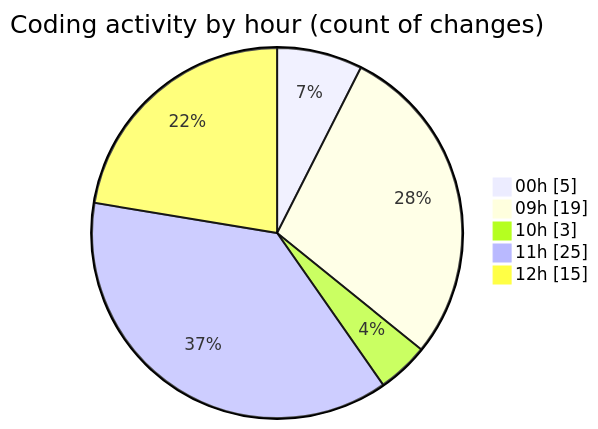
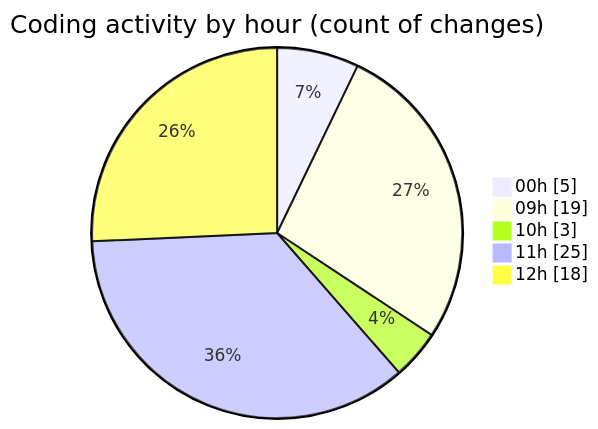
Before and after one commit to julien-gomy/code-tracking: the second of 2 diagrams in 2025-11-19/eventscop-frontend-guide__workspace_/README.md, drawn with Mermaid. The commit also changed other lines of this file and 1 other file, not shown here.

````diff
--- a/2025-11-19/eventscop-frontend-guide__workspace_/README.md
+++ b/2025-11-19/eventscop-frontend-guide__workspace_/README.md
@@ -51,9 +51,9 @@
 ```mermaid
 pie showData
 title Coding activity by hour (count of changes)
 "00h" : 5
 "09h" : 19
 "10h" : 3
 "11h" : 25
-"12h" : 15
+"12h" : 18
 ```
````
